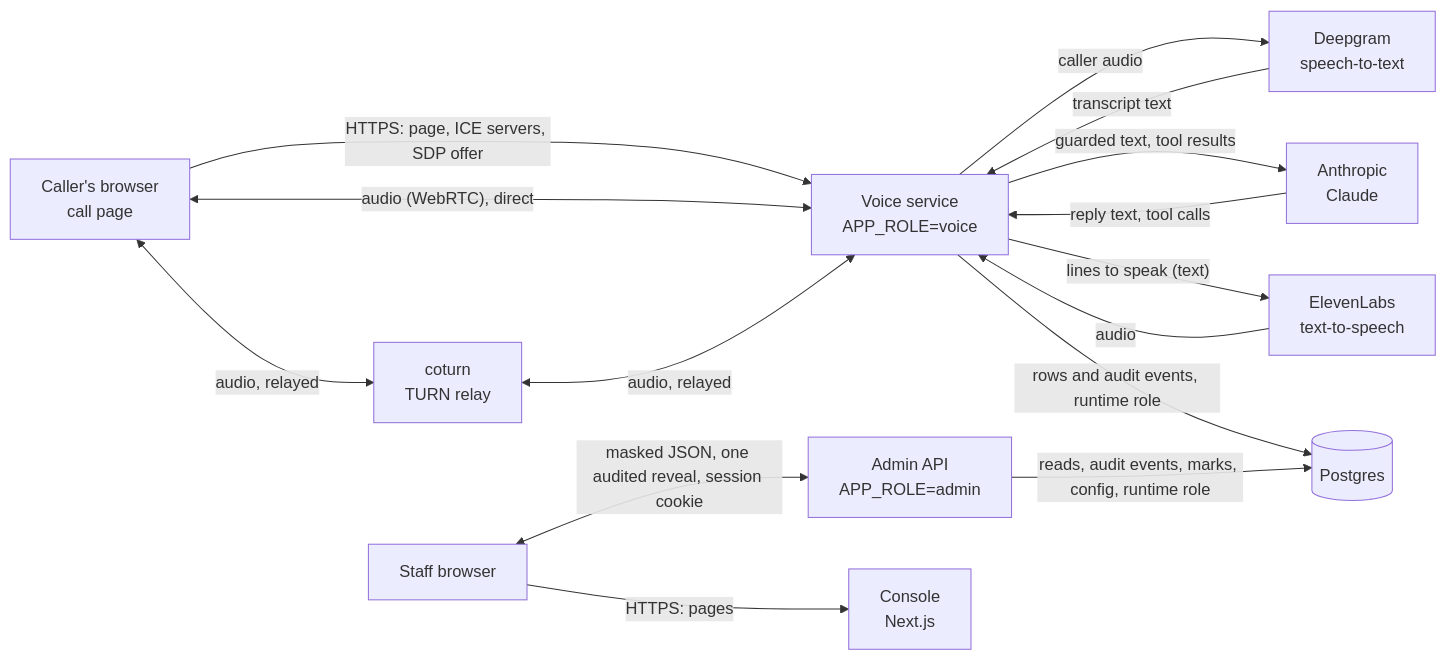
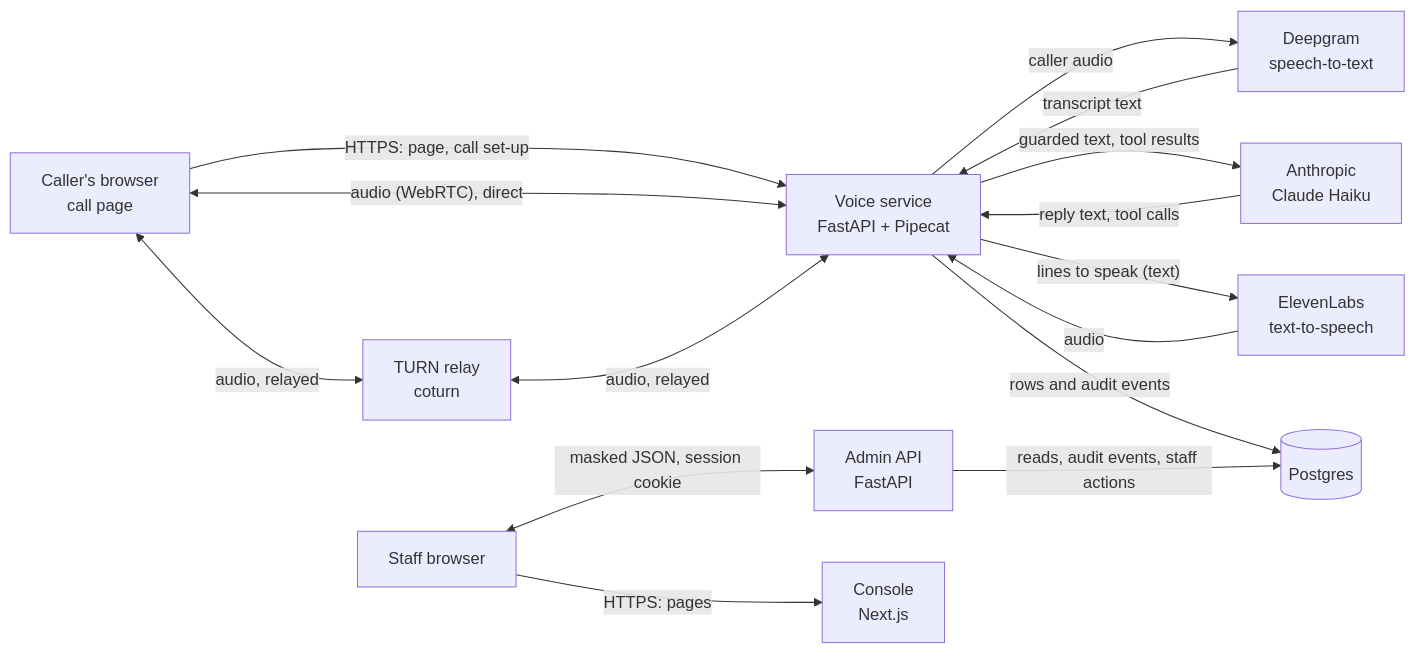
The first of 3 diagrams in README.md (malakazlan/sunrise-voice-agent), drawn with Mermaid before and after one commit. The commit also changed other lines of this file and 13 other files, not shown here.

Commit message:
Readable README; every doc opens with a summary and a diagram (#39)

````diff
--- a/README.md
+++ b/README.md
@@ -126,28 +76,28 @@
 ```mermaid
 flowchart LR
   caller["Caller's browser<br/>call page"]
   staff["Staff browser"]
-  voice["Voice service<br/>APP_ROLE=voice"]
-  admin["Admin API<br/>APP_ROLE=admin"]
+  voice["Voice service<br/>FastAPI + Pipecat"]
+  admin["Admin API<br/>FastAPI"]
   console["Console<br/>Next.js"]
-  coturn["coturn<br/>TURN relay"]
+  coturn["TURN relay<br/>coturn"]
   db[("Postgres")]
   stt["Deepgram<br/>speech-to-text"]
-  llm["Anthropic<br/>Claude"]
+  llm["Anthropic<br/>Claude Haiku"]
   tts["ElevenLabs<br/>text-to-speech"]
 
-  caller -->|"HTTPS: page, ICE servers, SDP offer"| voice
+  caller -->|"HTTPS: page, call set-up"| voice
   caller <-->|"audio (WebRTC), direct"| voice
   caller <-->|"audio, relayed"| coturn
   coturn <-->|"audio, relayed"| voice
   voice -->|"caller audio"| stt
   stt -->|"transcript text"| voice
   voice -->|"guarded text, tool results"| llm
   llm -->|"reply text, tool calls"| voice
   voice -->|"lines to speak (text)"| tts
   tts -->|"audio"| voice
-  voice -->|"rows and audit events, runtime role"| db
-  admin -->|"reads, audit events, marks, config, runtime role"| db
+  voice -->|"rows and audit events"| db
+  admin -->|"reads, audit events, staff actions"| db
   staff -->|"HTTPS: pages"| console
-  staff <-->|"masked JSON, one audited reveal, session cookie"| admin
+  staff <-->|"masked JSON, session cookie"| admin
 ```
````
